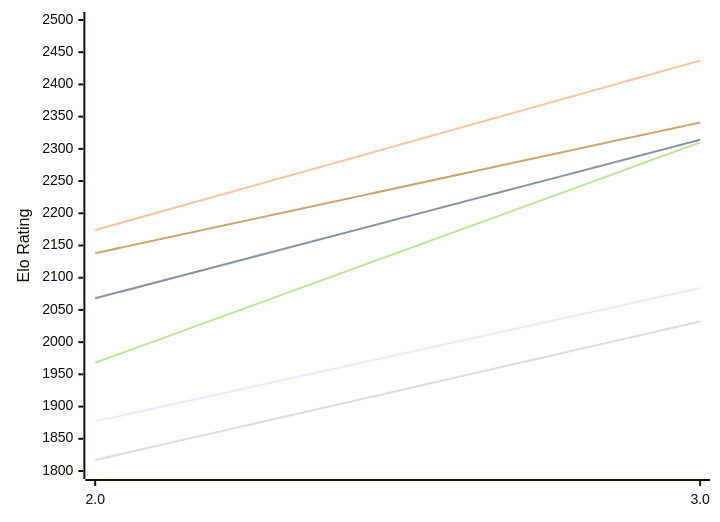
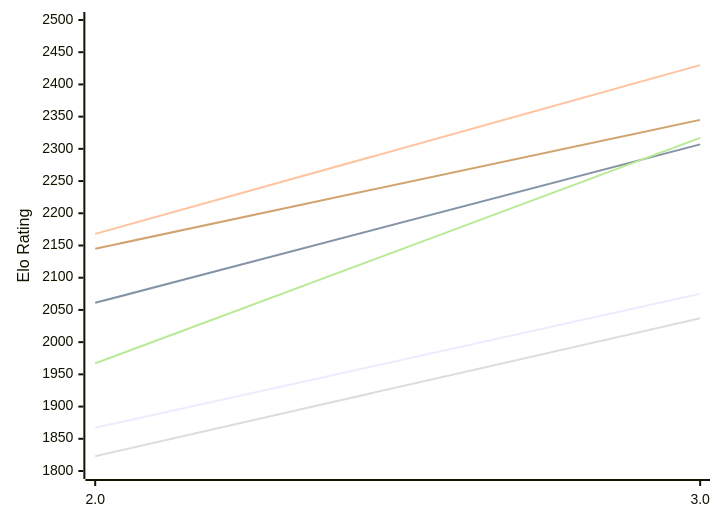
Before and after one commit to computer-chess-index/cci: the first of 2 diagrams in engines/Zeno.md, drawn with Mermaid. The commit also changed other lines of this file, not shown here.

Commit message:
Update CCI Ratings (ELO VLTC) - 2026-11-18

````diff
--- a/engines/Zeno.md
+++ b/engines/Zeno.md
@@ -50,12 +50,12 @@
 ```mermaid
 %%{init: {"theme":"base","themeVariables":{"seriesColors:['#a3a3a3','#222221','#faa371']}}}%%
 xychart-beta
   x-axis ["2.0", "3.0"]
   y-axis "Elo Rating" 1800 --> 2500
-  line "E1: STC (8.0+0.08s)" [1877, 2084]
-  line "E1: LTC (60.0+0.60s)" [2068, 2314]
-  line "E1: VLTC (2m24s+1.12s)" [2174, 2437]
-  line "P1: STC (8.0+0.08s)" [1817, 2032]
-  line "P1: LTC (60.0+0.60s)" [1968, 2310]
-  line "P1: VLTC (2m24s+1.12s)" [2138, 2341]
+  line "E1: STC (8.0+0.08s)" [1867, 2075]
+  line "E1: LTC (60.0+0.60s)" [2061, 2307]
+  line "E1: VLTC (2m24s+1.12s)" [2168, 2430]
+  line "P1: STC (8.0+0.08s)" [1823, 2037]
+  line "P1: LTC (60.0+0.60s)" [1967, 2317]
+  line "P1: VLTC (2m24s+1.12s)" [2145, 2345]
 ```
````
